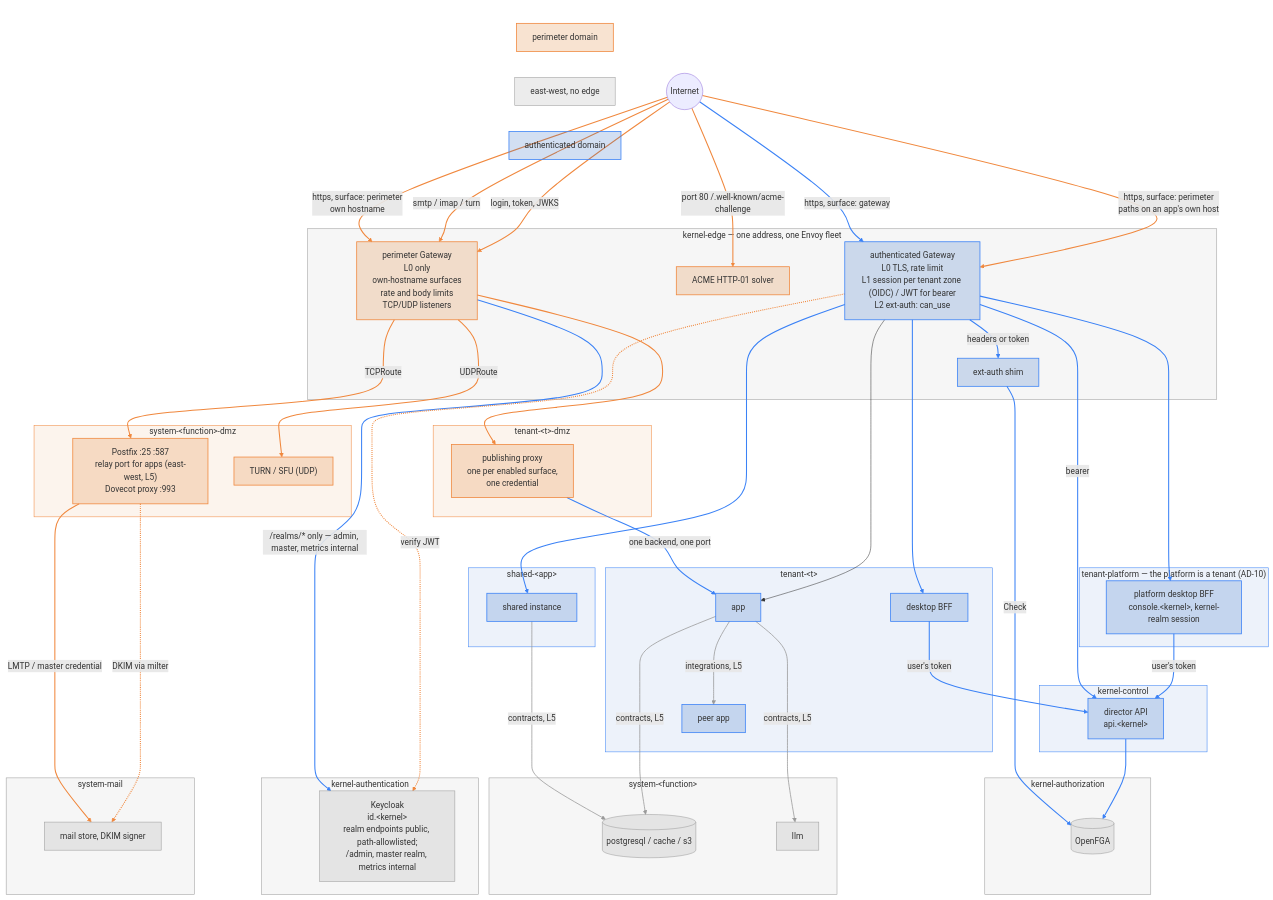
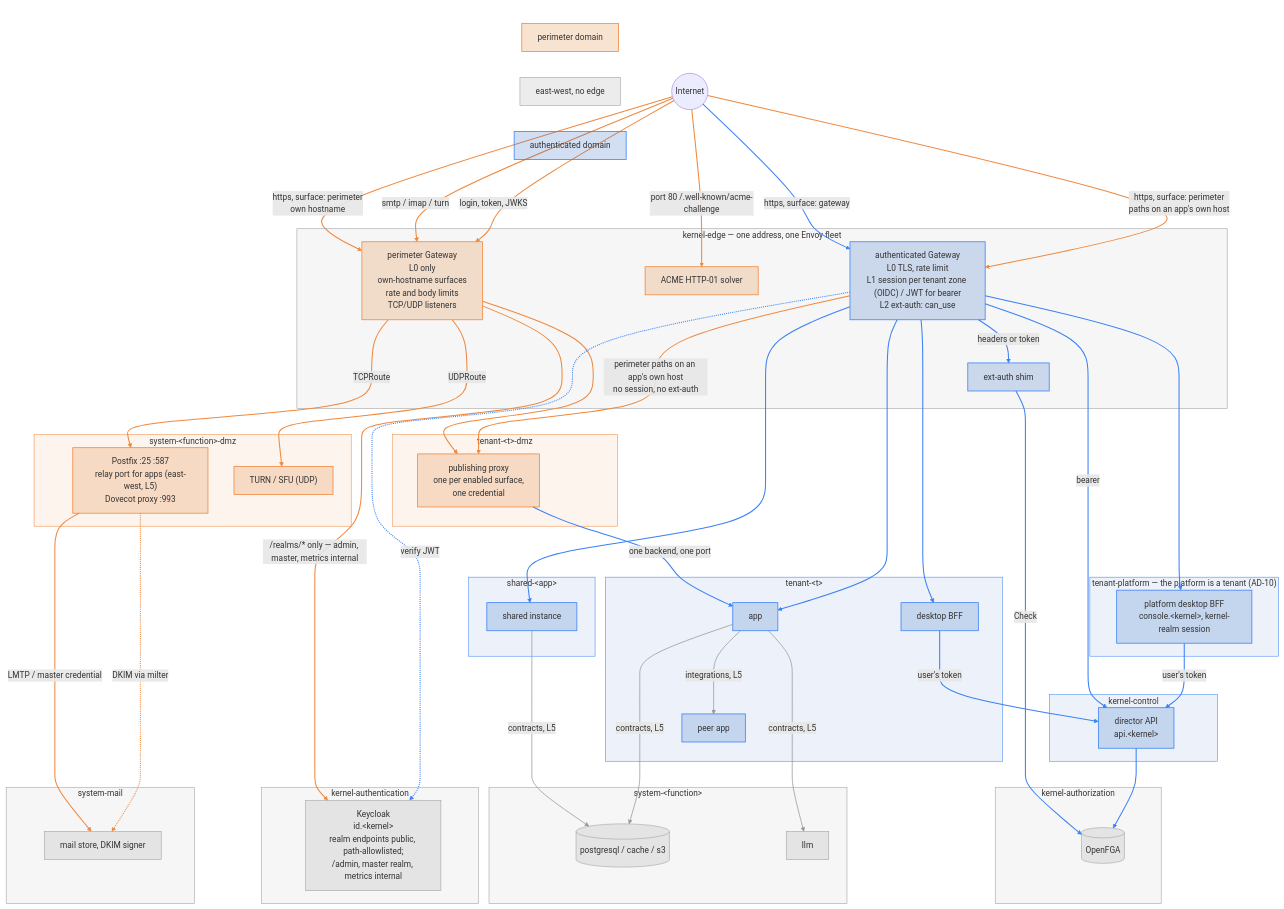
One commit to gentian-org/gentian-os changed the diagram in docs/plans/networking.md. Above: the diagram before and after it, drawn with Mermaid.

Commit message:
docs(networking): draw the hop the app-host resolution depends on
The diagram showed app-host perimeter traffic arriving at the authenticated
Gateway and then stopping. Its backend is the DMZ publishing proxy, never the
app, which is the whole reason the DMZ namespace stays the only thing
receiving anonymous traffic — and there was no edge saying so. Added
AG -> PX, labelled "no session, no ext-auth" so the two paths into the proxy
read differently from the two paths out of the authenticated Gateway.

Enumerating the edges to place it turned up two pre-existing linkStyle
errors, both provable against the diagram's own legend:

- 22 (perimeter Gateway -> Keycloak /realms/*) was blue and 23 (authenticated
  Gateway -> Keycloak, JWKS verify) was orange. They were the wrong way
  round: the realm endpoints are a kernel-owned perimeter surface (§3), and
  the JWKS check belongs to the authenticated domain.
- 27 (authenticated Gateway -> app), the main authenticated hop in the
  picture, had no linkStyle at all and rendered in the default colour.

Every visible edge 0-28 now carries a style.

````diff
--- a/docs/plans/networking.md
+++ b/docs/plans/networking.md
@@ -159,6 +159,7 @@
     MTA -. "DKIM via milter" .-> STORE
     PX -->|"one backend, one port"| APP
     AG --> APP
+    AG -->|"perimeter paths on an app's own host<br/>no session, no ext-auth"| PX
 
     %% invisible edges fix the rows: 3 = both DMZs, 4 = tenant / shared / kernel-control, 5 = the grey boxes.
     %% Declaration order (authenticated first) is what keeps the perimeter on the left after dagre's reordering.
@@ -198,7 +199,7 @@
     style SYS fill:#80808012,stroke:#9a9a9a
     style SMAIL fill:#80808012,stroke:#9a9a9a
     style LEGEND fill:none,stroke:none
-    linkStyle 14,15,16,17,18,19,20,21,23,24,25 stroke:#f0883e,stroke-width:2px
-    linkStyle 0,1,2,3,4,5,6,7,8,9,22,26 stroke:#3b82f6,stroke-width:2px
+    linkStyle 14,15,16,17,18,19,20,21,22,24,25,28 stroke:#f0883e,stroke-width:2px
+    linkStyle 0,1,2,3,4,5,6,7,8,9,23,26,27 stroke:#3b82f6,stroke-width:2px
     linkStyle 10,11,12,13 stroke:#9a9a9a,stroke-width:1.5px
 ```
````
